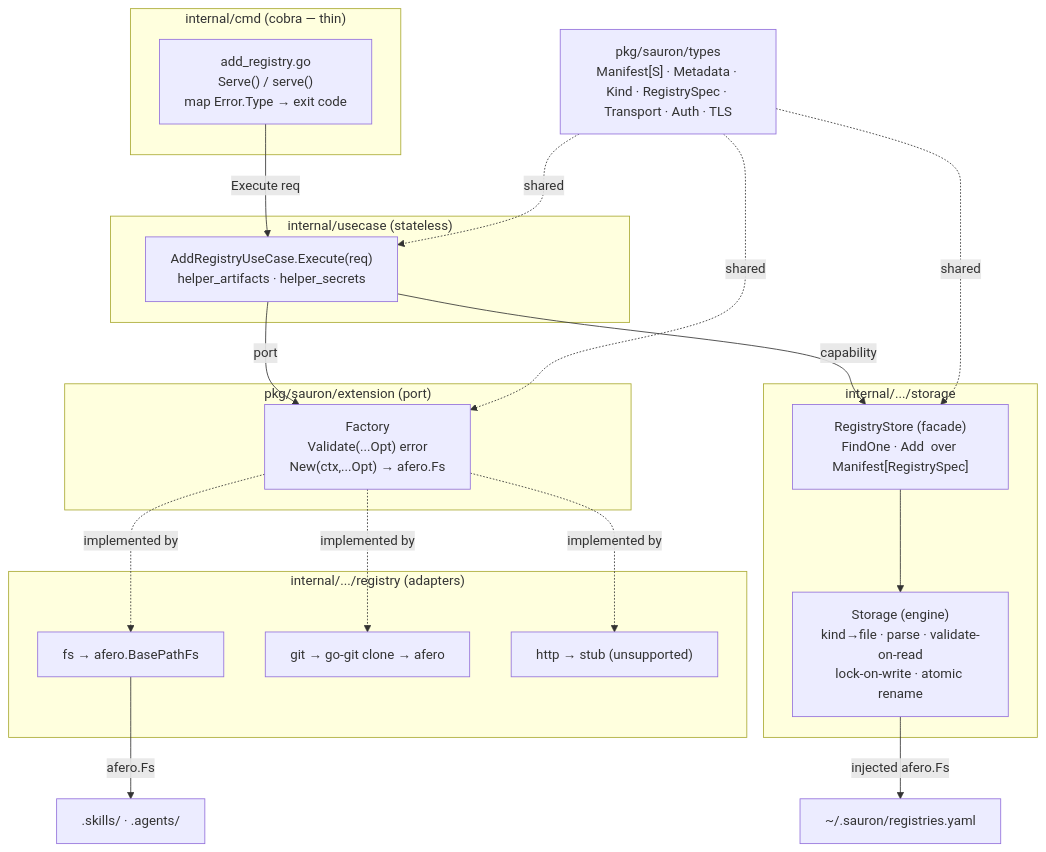
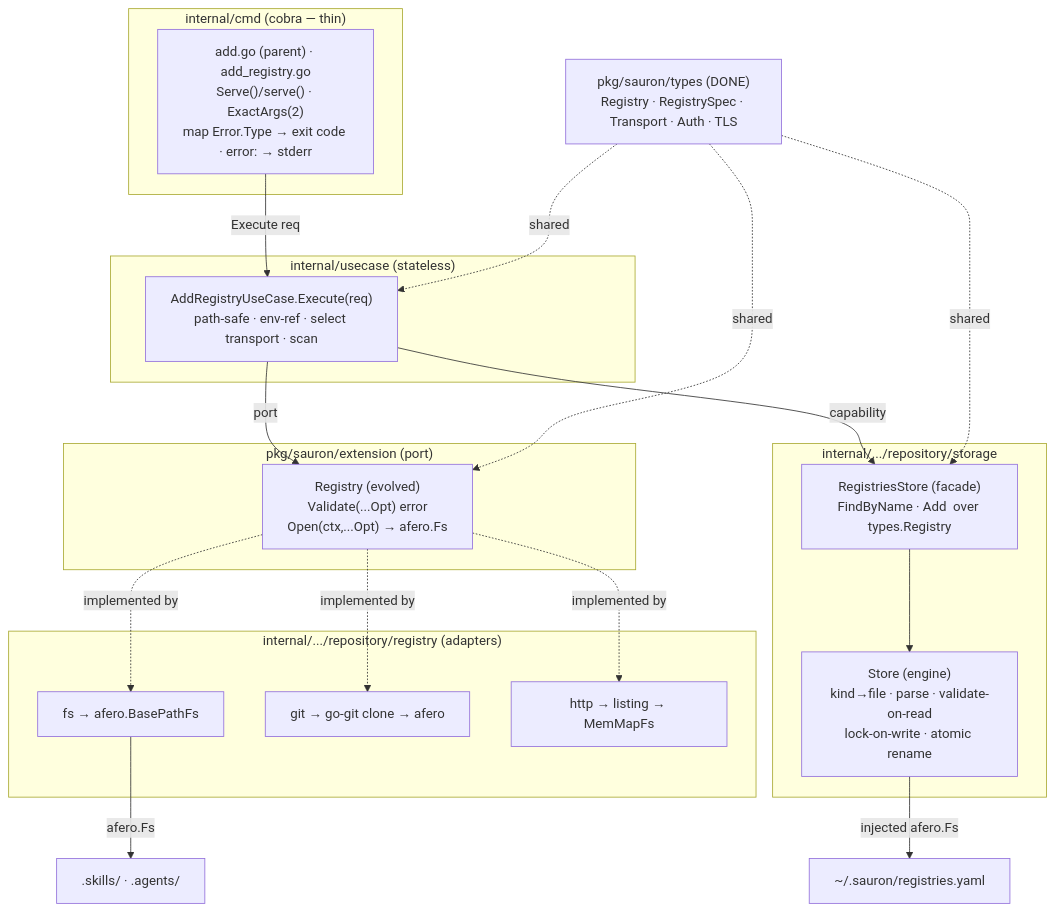
Before and after one commit to Delfimarime/sauron: the first of 3 diagrams in spec/0001-add-registry/plan.md, drawn with Mermaid. The commit also changed other lines of this file and 49 other files, not shown here.

````diff
--- a/spec/0001-add-registry/plan.md
+++ b/spec/0001-add-registry/plan.md
@@ -34,35 +65,35 @@
 ```mermaid
 graph TD
   subgraph cmd["internal/cmd (cobra — thin)"]
-    AR["add_registry.go<br/>Serve() / serve()<br/>map Error.Type → exit code"]
+    AR["add.go (parent) · add_registry.go<br/>Serve()/serve() · ExactArgs(2)<br/>map Error.Type → exit code · error: → stderr"]
   end
   subgraph uc["internal/usecase (stateless)"]
-    UC["AddRegistryUseCase.Execute(req)<br/>helper_artifacts · helper_secrets"]
+    UC["AddRegistryUseCase.Execute(req)<br/>path-safe · env-ref · select transport · scan"]
   end
   subgraph ext["pkg/sauron/extension (port)"]
-    F["Factory<br/>Validate(...Opt) error<br/>New(ctx,...Opt) → afero.Fs"]
+    P["Registry (evolved)<br/>Validate(...Opt) error<br/>Open(ctx,...Opt) → afero.Fs"]
   end
-  subgraph reg["internal/.../registry (adapters)"]
+  subgraph reg["internal/.../repository/registry (adapters)"]
     FS["fs → afero.BasePathFs"]
     GIT["git → go-git clone → afero"]
-    HTTP["http → stub (unsupported)"]
+    HTTP["http → listing → MemMapFs"]
   end
-  subgraph store["internal/.../storage"]
-    RS["RegistryStore (facade)<br/>FindOne · Add  over Manifest[RegistrySpec]"]
-    ST["Storage (engine)<br/>kind→file · parse · validate-on-read<br/>lock-on-write · atomic rename"]
+  subgraph store["internal/.../repository/storage"]
+    RS["RegistriesStore (facade)<br/>FindByName · Add  over types.Registry"]
+    ST["Store (engine)<br/>kind→file · parse · validate-on-read<br/>lock-on-write · atomic rename"]
   end
-  TYPES["pkg/sauron/types<br/>Manifest[S] · Metadata · Kind · RegistrySpec · Transport · Auth · TLS"]
+  TYPES["pkg/sauron/types (DONE)<br/>Registry · RegistrySpec · Transport · Auth · TLS"]
 
   AR -->|Execute req| UC
-  UC -->|port| F
+  UC -->|port| P
   UC -->|capability| RS
-  F -.implemented by.-> FS
-  F -.implemented by.-> GIT
-  F -.implemented by.-> HTTP
+  P -.implemented by.-> FS
+  P -.implemented by.-> GIT
+  P -.implemented by.-> HTTP
   RS --> ST
   FS -->|afero.Fs| CONTENT[".skills/ · .agents/"]
   ST -->|injected afero.Fs| HOME["~/.sauron/registries.yaml"]
   TYPES -.shared.-> UC
-  TYPES -.shared.-> F
+  TYPES -.shared.-> P
   TYPES -.shared.-> RS
 ```
````
